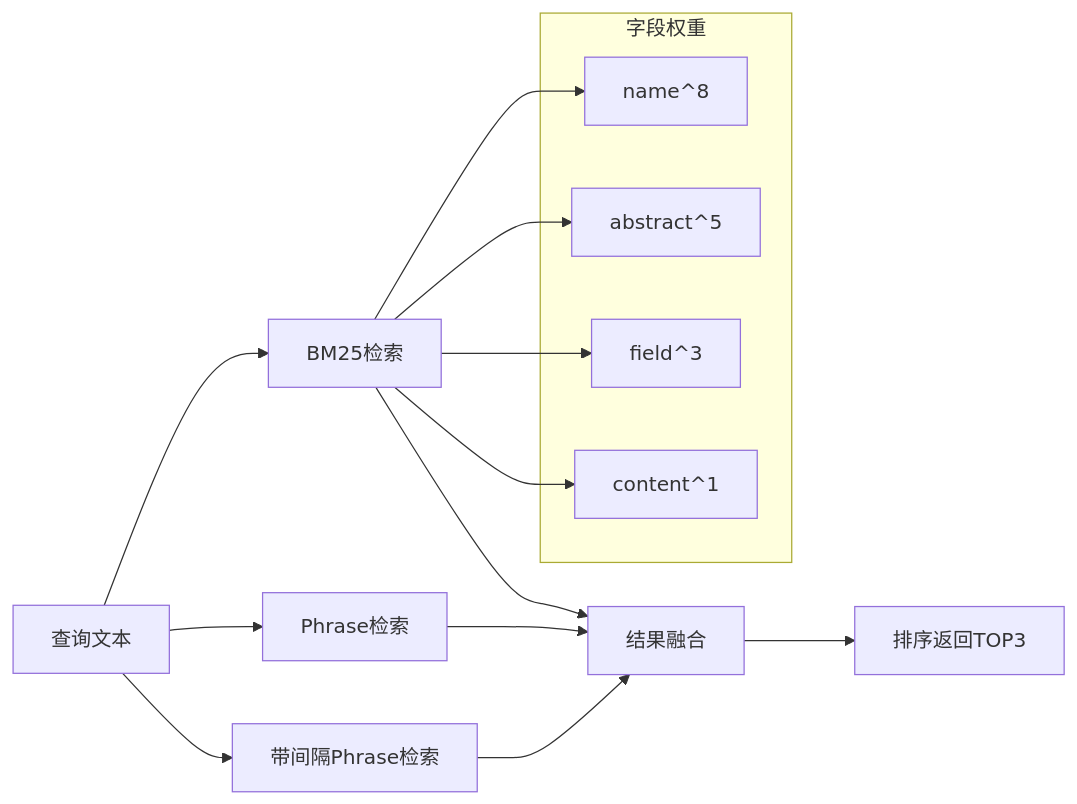
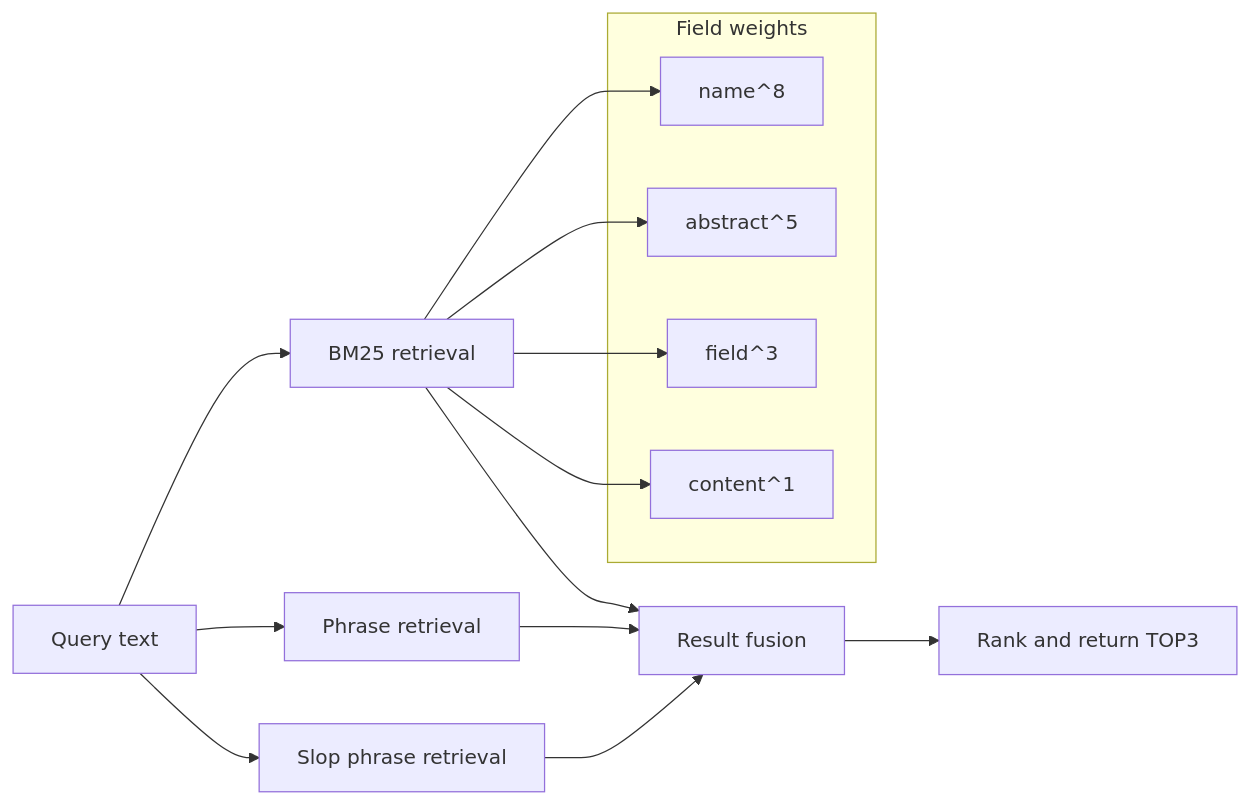
Before and after one commit to JackKuo666/QALoop: the third of 4 diagrams in pipelines/patent_synthesis/README.md, drawn with Mermaid. The commit also changed other lines of this file and 25 other files, not shown here.

````diff
--- a/pipelines/patent_synthesis/README.md
+++ b/pipelines/patent_synthesis/README.md
@@ -277,22 +277,22 @@
 ```mermaid
 flowchart LR
-    A[查询文本] --> B[BM25检索]
-    A --> C[Phrase检索]
-    A --> D[带间隔Phrase检索]
-    B --> E[结果融合]
+    A[Query text] --> B[BM25 retrieval]
+    A --> C[Phrase retrieval]
+    A --> D[Slop phrase retrieval]
+    B --> E[Result fusion]
     C --> E
     D --> E
-    E --> F[排序返回TOP3]
+    E --> F[Rank and return TOP3]
 
-    subgraph 字段权重
+    subgraph Field weights
         G[name^8]
         H[abstract^5]
         I[field^3]
         J[content^1]
     end
 
     B --> G
     B --> H
     B --> I
     B --> J
 ```
````
